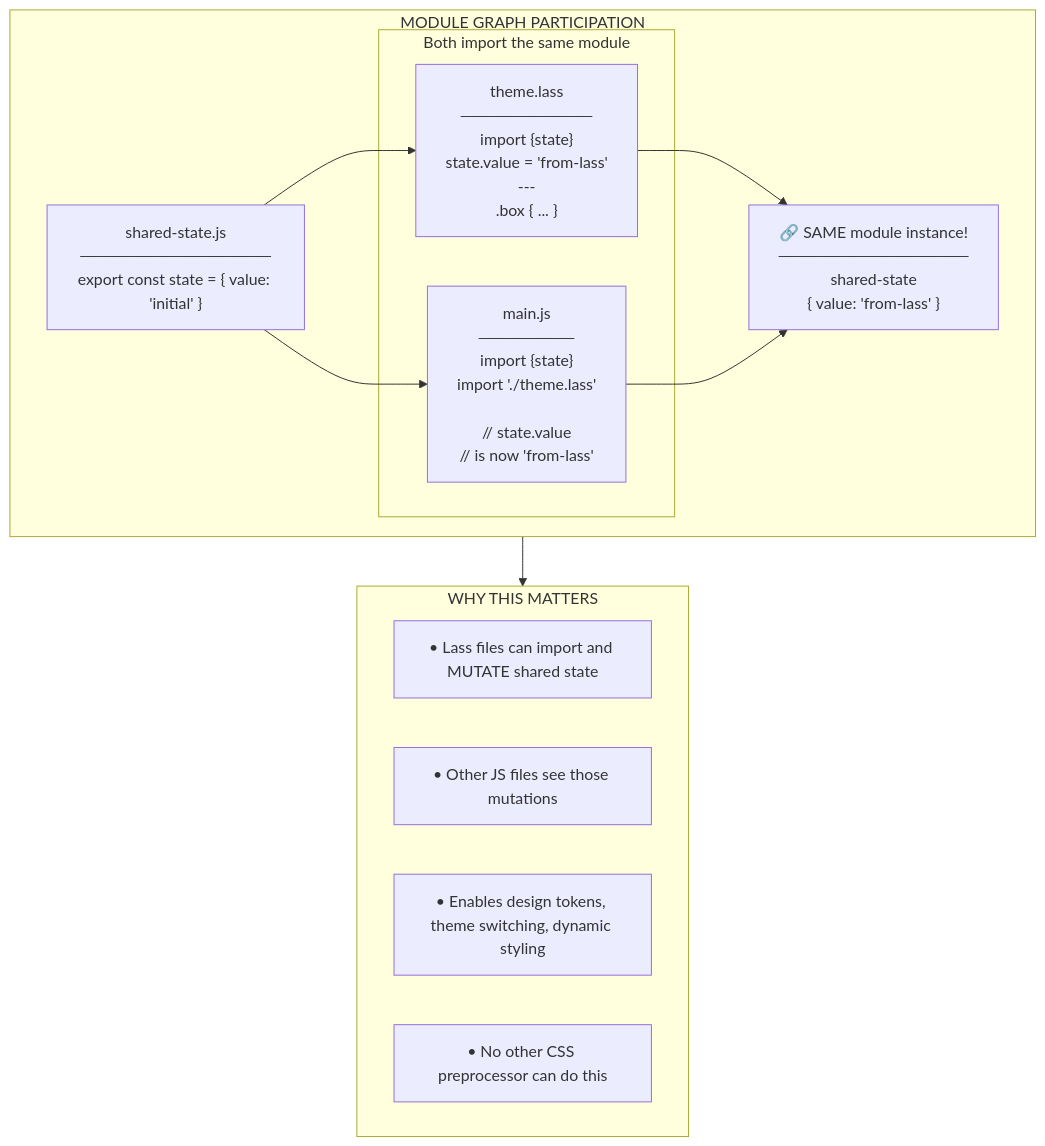
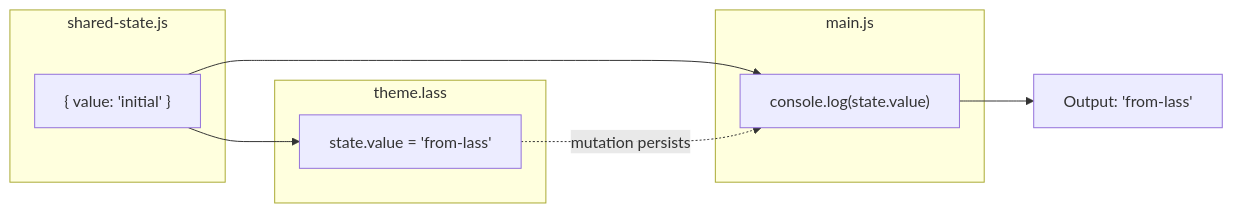
One commit to lass-lang/docs changed the fifth of 8 diagrams in diagrams/architecture-diagram.md. Above: the diagram before and after it, drawn with Mermaid. The commit also changed other lines of this file, not shown here.

First line of the commit message:
refactor: convert ASCII diagrams to clean Mermaid format

````diff
--- a/diagrams/architecture-diagram.md
+++ b/diagrams/architecture-diagram.md
@@ -150,28 +95,21 @@
 ```mermaid
-flowchart TB
-    subgraph Feature["MODULE GRAPH PARTICIPATION"]
-        STATE["shared-state.js<br/>────────────────<br/>export const state = { value: 'initial' }"]
-
-        subgraph Importers["Both import the same module"]
-            LASS["theme.lass<br/>───────────<br/>import {state}<br/>state.value = 'from-lass'<br/>---<br/>.box { ... }"]
-            MAIN["main.js<br/>────────<br/>import {state}<br/>import './theme.lass'<br/><br/>// state.value<br/>// is now 'from-lass'"]
-        end
-
-        STATE --> LASS
-        STATE --> MAIN
-
-        SHARED["🔗 SAME module instance!<br/>────────────────<br/>shared-state<br/>{ value: 'from-lass' }"]
-
-        LASS --> SHARED
-        MAIN --> SHARED
+flowchart LR
+    subgraph shared[shared-state.js]
+        state["{ value: 'initial' }"]
     end
 
-    subgraph Why["WHY THIS MATTERS"]
-        W1["• Lass files can import and MUTATE shared state"]
-        W2["• Other JS files see those mutations"]
-        W3["• Enables design tokens, theme switching, dynamic styling"]
-        W4["• No other CSS preprocessor can do this"]
+    subgraph lass[theme.lass]
+        mutate["state.value = 'from-lass'"]
     end
 
-    Feature --> Why
+    subgraph main[main.js]
+        read["console.log(state.value)"]
+    end
+
+    state --> mutate
+    state --> read
+    mutate -.->|mutation persists| read
+
+    result["Output: 'from-lass'"]
+    read --> result
 ```
````
